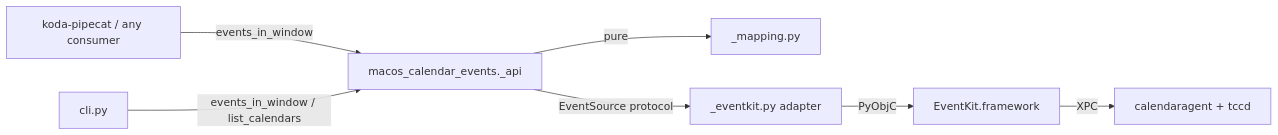
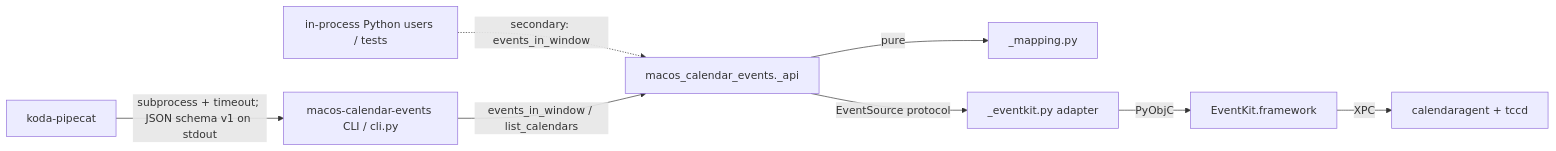
The first of 2 diagrams in docs/dev_plans/20261119-feature-macos-calendar-events-core.md (vr000m/macos-calendar-events), drawn with Mermaid before and after one commit. The commit also changed other lines of this file, not shown here.

````diff
--- a/docs/dev_plans/20261119-feature-macos-calendar-events-core.md
+++ b/docs/dev_plans/20261119-feature-macos-calendar-events-core.md
@@ -72,9 +83,10 @@
 ```mermaid
 graph LR
-    K[koda-pipecat / any consumer] -->|events_in_window| API[macos_calendar_events._api]
-    CLI[cli.py] -->|events_in_window / list_calendars| API
+    K[koda-pipecat] -->|subprocess + timeout; JSON schema v1 on stdout| CLI[macos-calendar-events CLI / cli.py]
+    P[in-process Python users / tests] -.->|secondary: events_in_window| API
+    CLI -->|events_in_window / list_calendars| API[macos_calendar_events._api]
     API -->|pure| MAP[_mapping.py]
     API -->|EventSource protocol| EK[_eventkit.py adapter]
     EK -->|PyObjC| EVK[EventKit.framework]
     EVK -->|XPC| CAL[calendaragent + tccd]
 ```
````
